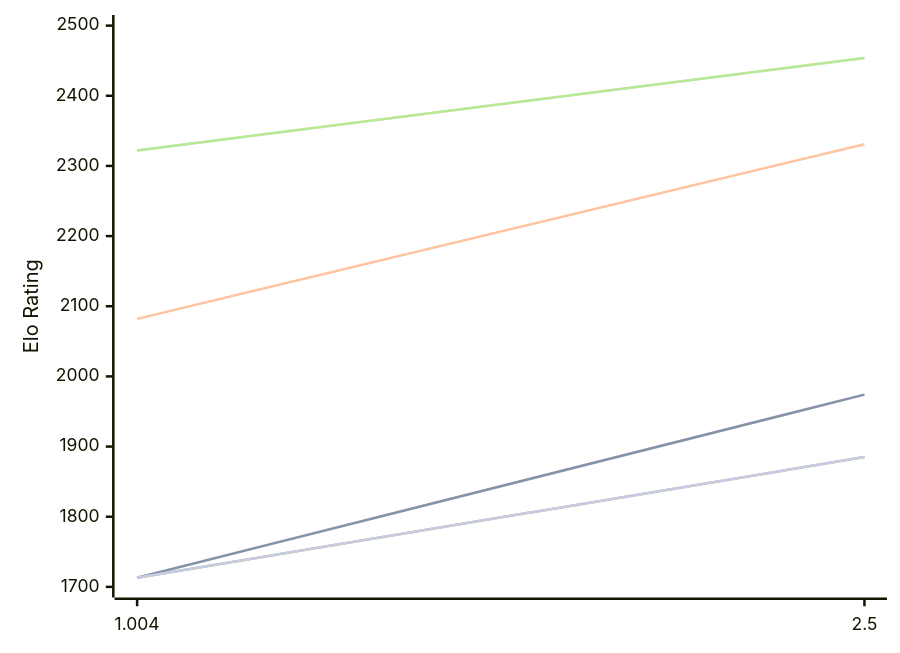
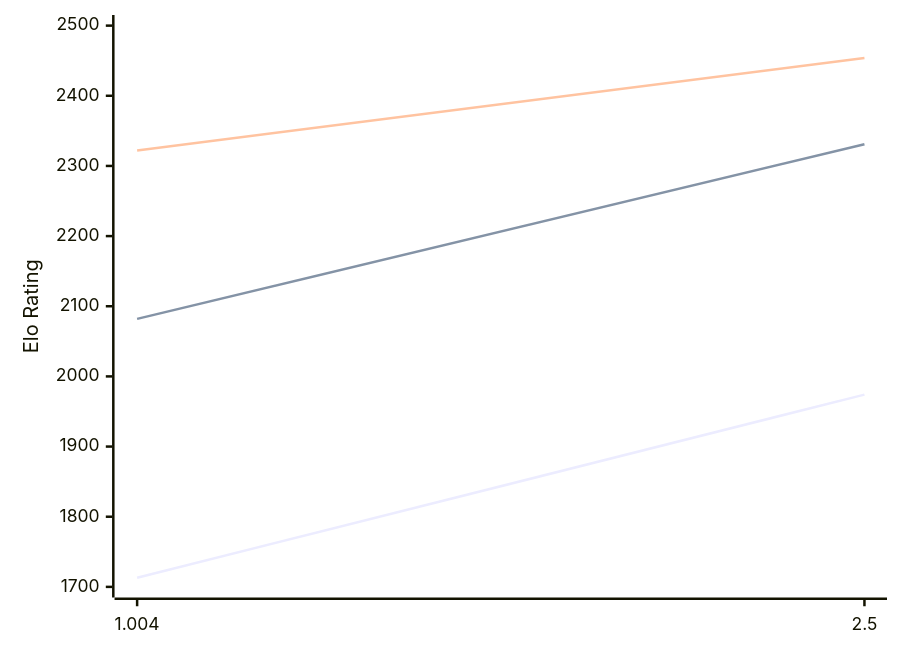
The diagram in engines/Ares.md (computer-chess-index/cci), drawn with Mermaid before and after one commit. The commit also changed other lines of this file, not shown here.

````diff
--- a/engines/Ares.md
+++ b/engines/Ares.md
@@ -48,13 +48,9 @@
 ```mermaid
 %%{init: {"theme":"base","themeVariables":{"seriesColors:['#a3a3a3','#222221','#faa371']}}}%%
 xychart-beta
   x-axis ["1.004", "2.5"]
   y-axis "Elo Rating" 1700 --> 2500
-  line "" [1713, 1974]
   line "T1: STC (8.0+0.08s)" [1713, 1974]
   line "T1: LTC (60.0+0.60s)" [2082, 2331]
-  line "" [2322, 2454]
   line "T1: VLTC (2m24s+1.12s)" [2322, 2454]
-  line "" [1713,1885]
-  line "E1: STC (8.0+0.08s)" [1713,1885]
 ```
````
